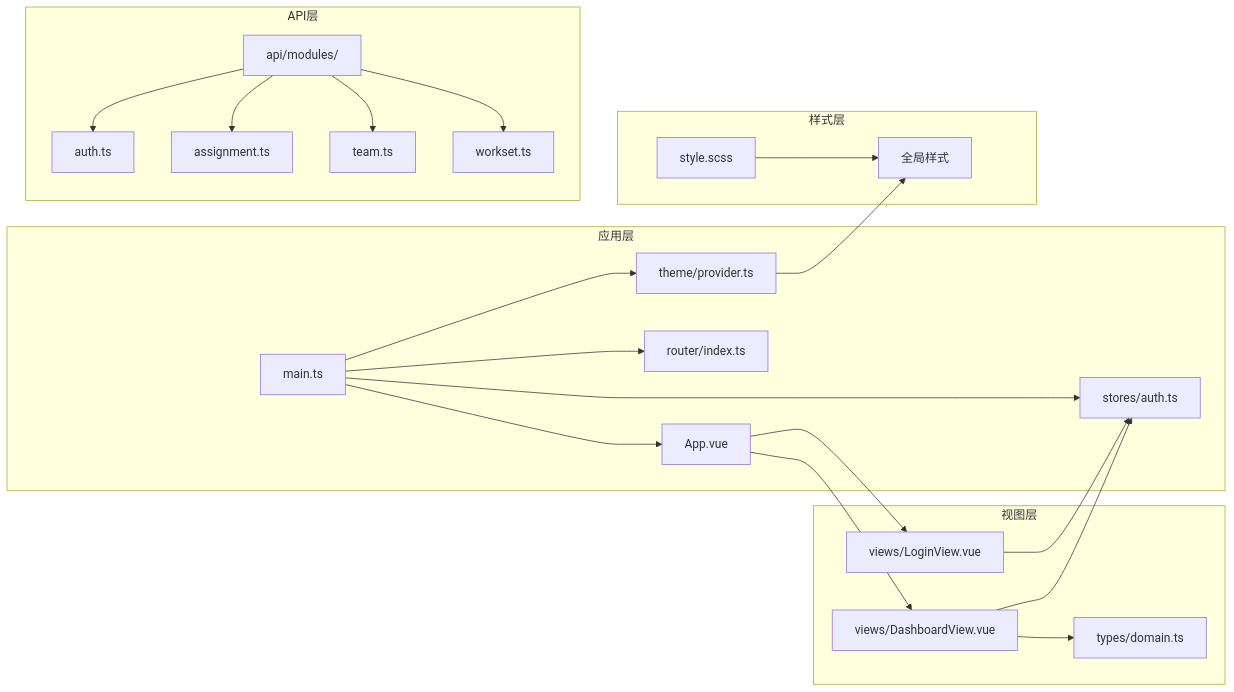
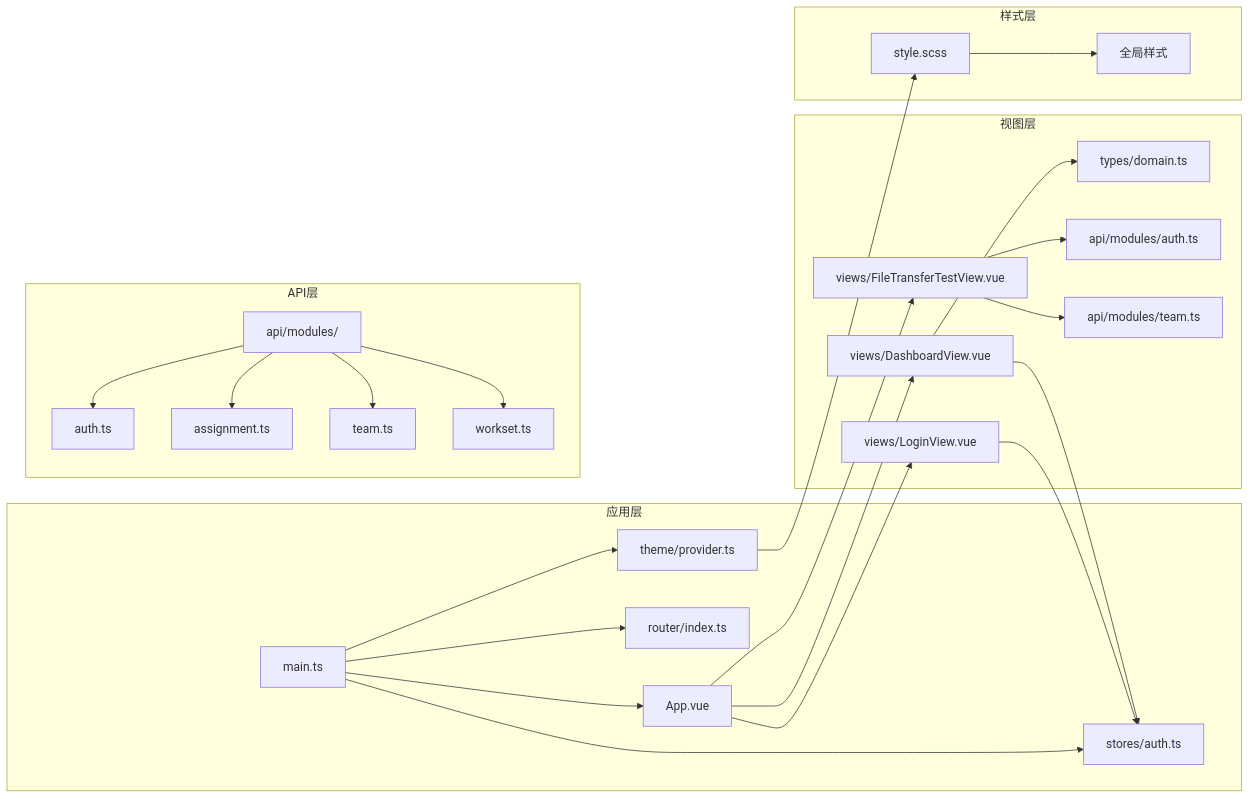
Before and after one commit to ATOMLubover/poprako: diagram 14 of 14 in .qoder/repowiki/zh/content/前端应用架构/Vue 应用结构.md, drawn with Mermaid. The commit also changed other lines of this file and 5 other files, not shown here.

````diff
--- a/.qoder/repowiki/zh/content/前端应用架构/Vue 应用结构.md
+++ b/.qoder/repowiki/zh/content/前端应用架构/Vue 应用结构.md
@@ -422,26 +525,29 @@
 ```mermaid
 graph LR
 subgraph "应用层"
 A[main.ts] --> B[App.vue]
 A --> C[router/index.ts]
 A --> D[stores/auth.ts]
 A --> E[theme/provider.ts]
 end
 subgraph "视图层"
 B --> F[views/LoginView.vue]
 B --> G[views/DashboardView.vue]
+B --> H[views/FileTransferTestView.vue]
 F --> D
 G --> D
-G --> H[types/domain.ts]
+G --> I[types/domain.ts]
+H --> J[api/modules/auth.ts]
+H --> K[api/modules/team.ts]
 end
 subgraph "API层"
-I[api/modules/] --> J[auth.ts]
-I --> K[assignment.ts]
-I --> L[team.ts]
-I --> M[workset.ts]
+L[api/modules/] --> M[auth.ts]
+L --> N[assignment.ts]
+L --> O[team.ts]
+L --> P[workset.ts]
 end
 subgraph "样式层"
-N[style.scss] --> O[全局样式]
-E --> O
+Q[style.scss] --> R[全局样式]
+E --> Q
 end
 ```
````
